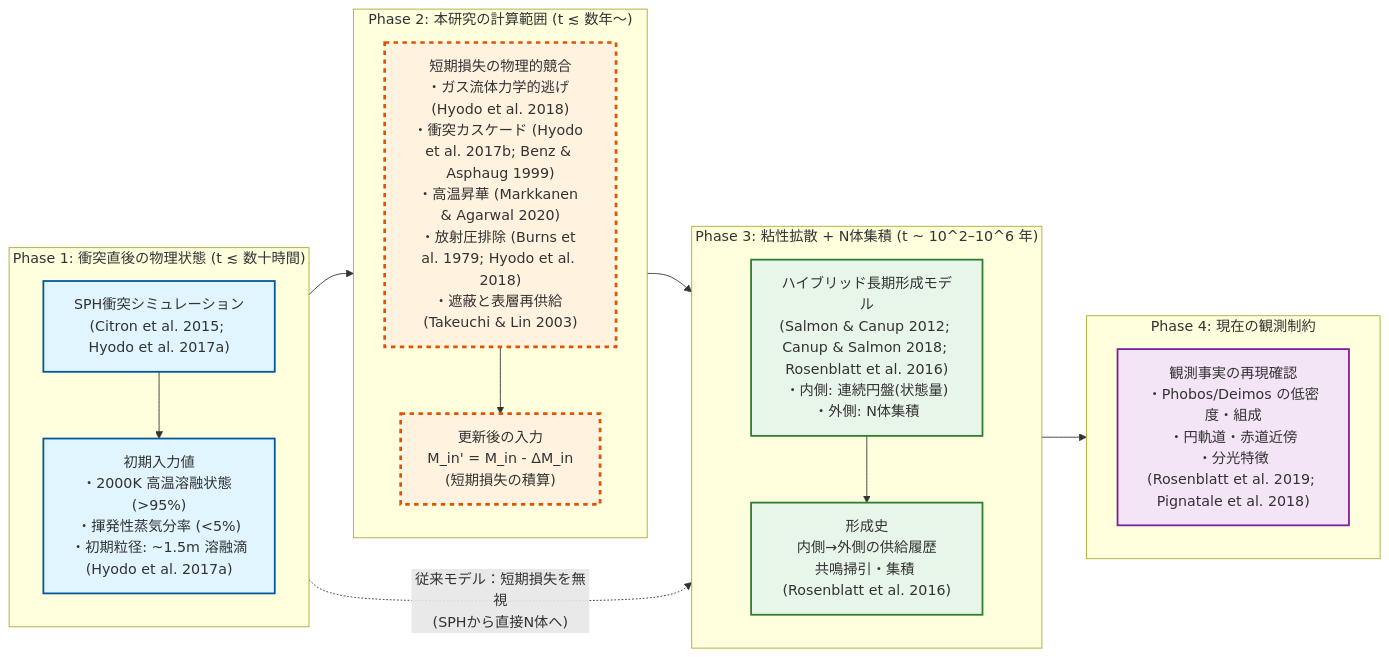
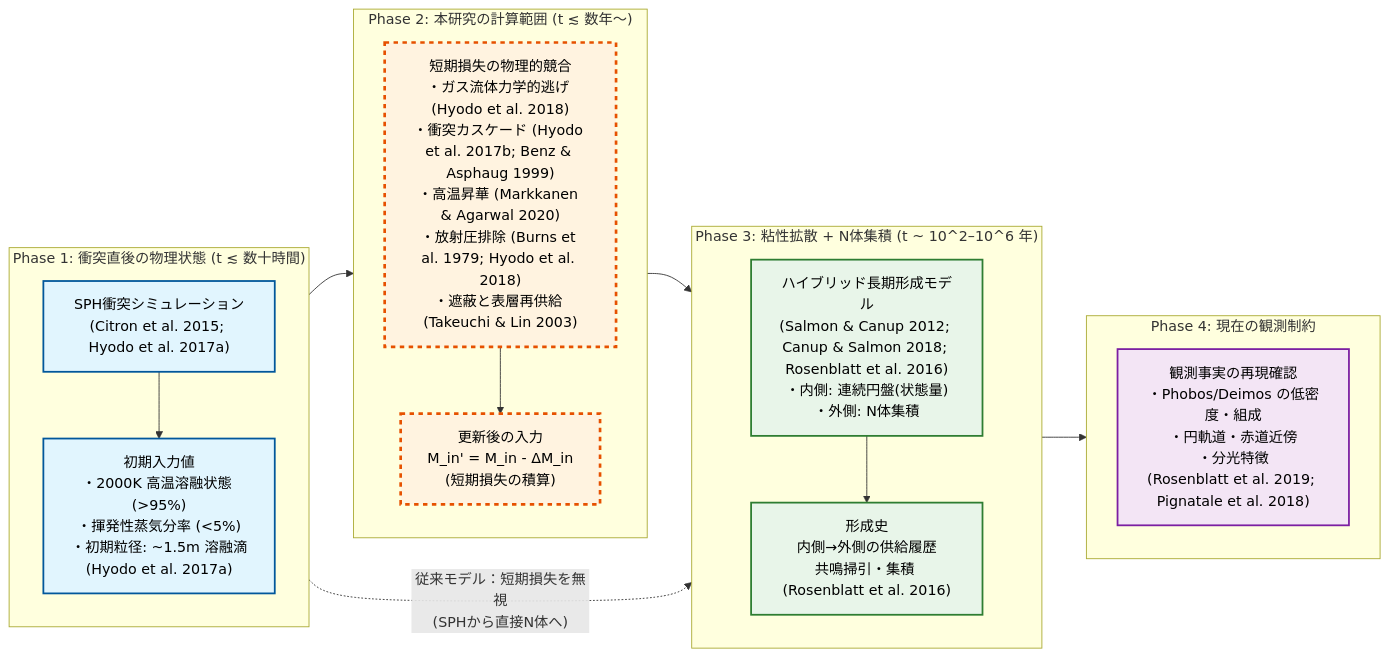
Before and after one commit to Einfeld686/MarsDiskSimulation: the first of 2 diagrams in analysis/introduction.md, drawn with Mermaid. The commit also changed other lines of this file, not shown here.

````diff
--- a/analysis/introduction.md
+++ b/analysis/introduction.md
@@ -69,46 +69,46 @@
 ```mermaid
 flowchart LR
     %% ===== 見た目（任意：レンダラ依存） =====
-    classDef input fill:#e1f5fe,stroke:#01579b,stroke-width:2px;
-    classDef update fill:#fff3e0,stroke:#e65100,stroke-width:3px,stroke-dasharray: 5 5;
-    classDef connect fill:#e8f5e9,stroke:#2e7d32,stroke-width:2px;
-    classDef output fill:#f3e5f5,stroke:#7b1fa2,stroke-width:2px;
+    classDef input fill:#e1f5fe,stroke:#01579b,stroke-width:2px,color:#000;
+    classDef update fill:#fff3e0,stroke:#e65100,stroke-width:3px,stroke-dasharray: 5 5,color:#000;
+    classDef connect fill:#e8f5e9,stroke:#2e7d32,stroke-width:2px,color:#000;
+    classDef output fill:#f3e5f5,stroke:#7b1fa2,stroke-width:2px,color:#000;
 
     %% ===== Phase 1: SPH（初期条件） =====
     subgraph P1["Phase 1: 衝突直後の物理状態 (t ≲ 数十時間)"]
         direction TB
         SPH["SPH衝突シミュレーション<br/>(Citron et al. 2015; Hyodo et al. 2017a)"]:::input
         D0["初期入力値<br/>・2000K 高温溶融状態 (>95%)<br/>・揮発性蒸気分率 (<5%)<br/>・初期粒径: ~1.5m 溶融滴<br/>(Hyodo et al. 2017a)"]:::input
         SPH --> D0
     end
 
     %% ===== Phase 2: 本研究（短期損失で更新） =====
     subgraph P2["Phase 2: 本研究の計算範囲 (t ≲ 数年〜)"]
         direction TB
         PROC["短期損失の物理的競合<br/>・ガス流体力学的逃げ (Hyodo et al. 2018)<br/>・衝突カスケード (Hyodo et al. 2017b; Benz & Asphaug 1999)<br/>・高温昇華 (Markkanen & Agarwal 2020)<br/>・放射圧排除 (Burns et al. 1979; Hyodo et al. 2018)<br/>・遮蔽と表層再供給 (Takeuchi & Lin 2003)"]:::update
         D1["更新後の入力<br/>M_in' = M_in - ΔM_in<br/>(短期損失の積算)"]:::update
         PROC --> D1
     end
 
     %% ===== Phase 3: 長期進化（接続） =====
     subgraph P3["Phase 3: 粘性拡散 + N体集積 (t ~ 10^2–10^6 年)"]
         direction TB
         HYB["ハイブリッド長期形成モデル<br/>(Salmon & Canup 2012; Canup & Salmon 2018; Rosenblatt et al. 2016)<br/>・内側: 連続円盤(状態量)<br/>・外側: N体集積"]:::connect
         SAT["形成史<br/>内側→外側の供給履歴<br/>共鳴掃引・集積 (Rosenblatt et al. 2016)"]:::connect
         HYB --> SAT
     end
 
     %% ===== Phase 4: 観測（最終結果） =====
     subgraph P4["Phase 4: 現在の観測制約"]
         direction TB
         OBS["観測事実の再現確認<br/>・Phobos/Deimos の低密度・組成<br/>・円軌道・赤道近傍<br/>・分光特徴<br/>(Rosenblatt et al. 2019; Pignatale et al. 2018)"]:::output
     end
 
     %% ===== 主流（本研究を挟む） =====
     D0 --> PROC
     D1 --> HYB
     SAT --> OBS
 
     %% ===== 従来の直結（短期損失を無視） =====
     D0 -. "従来モデル：短期損失を無視<br/>(SPHから直接N体へ)" .-> HYB
 ```
````
